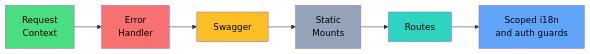
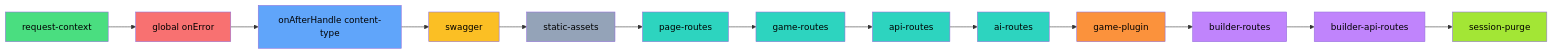
One commit to d4551/tea changed the third of 12 diagrams in README.md. Above: the diagram before and after it, drawn with Mermaid. The commit also changed other lines of this file and 35 other files, not shown here.

Commit message:
refactor game runtime contracts, builder persistence, and docs

````diff
--- a/README.md
+++ b/README.md
@@ -201,15 +207,29 @@
 ```mermaid
 flowchart LR
-  A["Request\nContext"] --> B["Error\nHandler"]
-  B --> C["Swagger"]
-  C --> D["Static\nMounts"]
-  D --> E["Routes"]
-  E --> F["Scoped i18n\nand auth guards"]
+  A["request-context"] --> B["global onError"]
+  B --> C["onAfterHandle content-type"]
+  C --> D["swagger"]
+  D --> E["static-assets"]
+  E --> F["page-routes"]
+  F --> G["game-routes"]
+  G --> H["api-routes"]
+  H --> I["ai-routes"]
+  I --> J["game-plugin"]
+  J --> K["builder-routes"]
+  K --> L["builder-api-routes"]
+  L --> M["session-purge"]
 
   style A fill:#4ade80,color:#000
   style B fill:#f87171,color:#000
-  style C fill:#fbbf24,color:#000
-  style D fill:#94a3b8,color:#000
-  style E fill:#2dd4bf,color:#000
-  style F fill:#60a5fa,color:#000
+  style C fill:#60a5fa,color:#000
+  style D fill:#fbbf24,color:#000
+  style E fill:#94a3b8,color:#000
+  style F fill:#2dd4bf,color:#000
+  style G fill:#2dd4bf,color:#000
+  style H fill:#2dd4bf,color:#000
+  style I fill:#2dd4bf,color:#000
+  style J fill:#fb923c,color:#000
+  style K fill:#c084fc,color:#000
+  style L fill:#c084fc,color:#000
+  style M fill:#a3e635,color:#000
 ```
````
